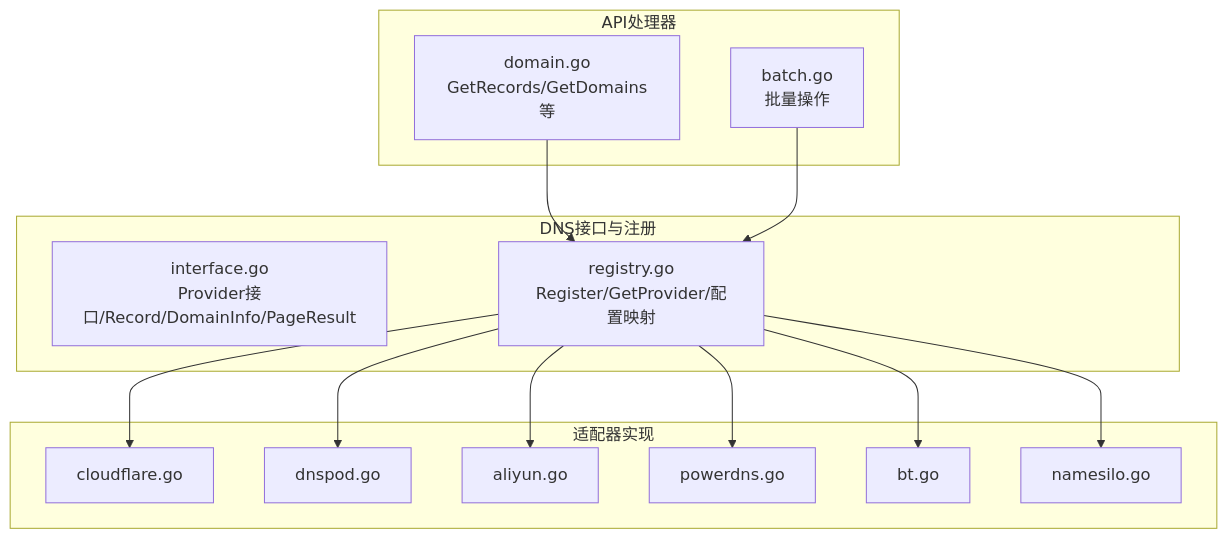
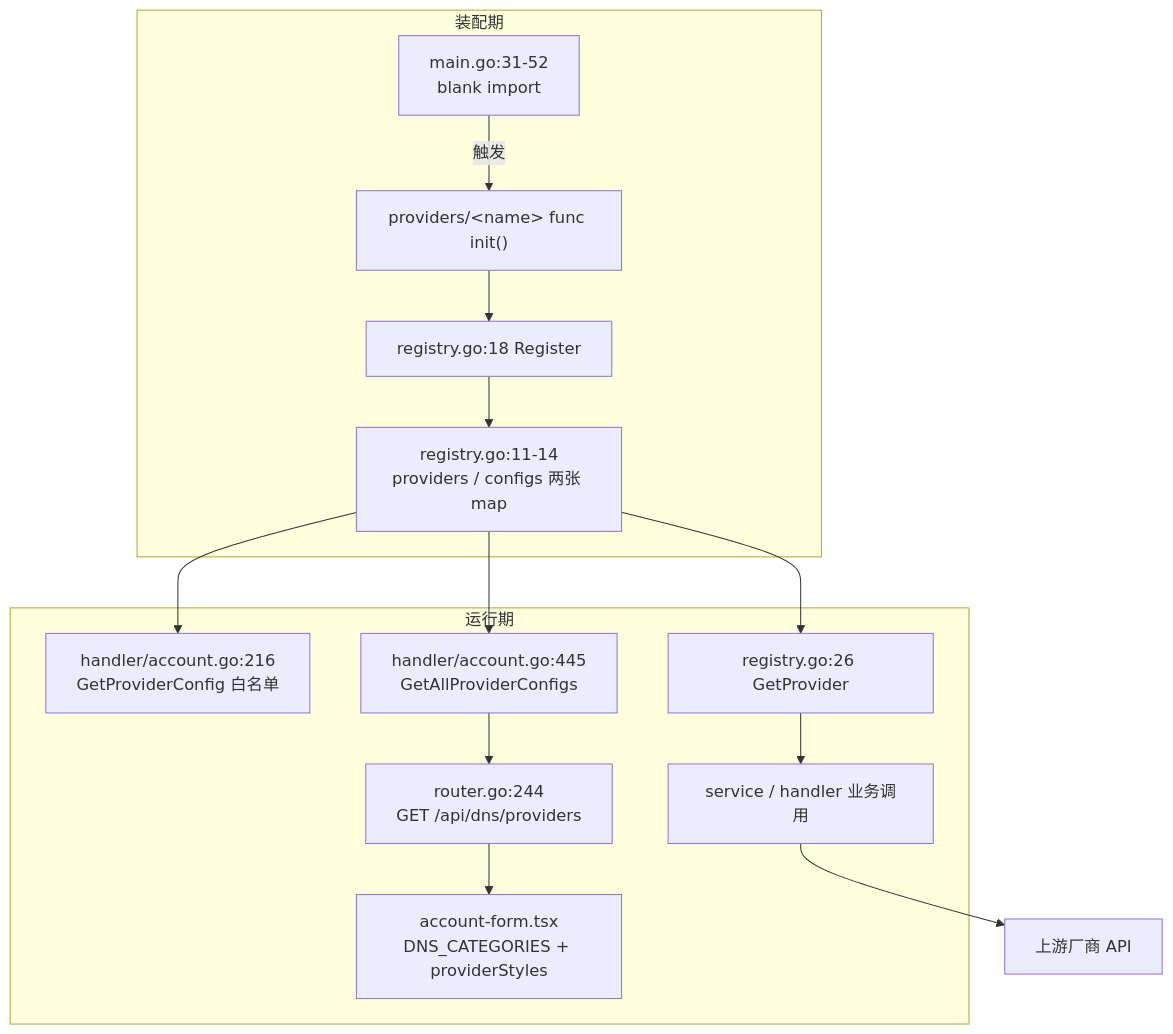
The first of 2 diagrams in docs/扩展开发/DNS服务商扩展.md (x01n/dnsplane), drawn with Mermaid before and after one commit. The commit also changed other lines of this file and 326 other files, not shown here.

````diff
--- a/docs/扩展开发/DNS服务商扩展.md
+++ b/docs/扩展开发/DNS服务商扩展.md
@@ -39,27 +123,21 @@
 ```mermaid
 graph TB
-subgraph "DNS接口与注册"
-IF["interface.go<br/>Provider接口/Record/DomainInfo/PageResult"]
-REG["registry.go<br/>Register/GetProvider/配置映射"]
+subgraph "装配期"
+B["main.go:31-52<br/>blank import"]
+A["providers/&lt;name&gt; func init()"]
+C["registry.go:18 Register"]
+D["registry.go:11-14<br/>providers / configs 两张 map"]
+B -->|触发| A --> C --> D
 end
-subgraph "适配器实现"
-CF["cloudflare.go"]
-DP["dnspod.go"]
-ALI["aliyun.go"]
-PD["powerdns.go"]
-BT["bt.go"]
-NS["namesilo.go"]
+subgraph "运行期"
+E["handler/account.go:216<br/>GetProviderConfig 白名单"]
+F["handler/account.go:445<br/>GetAllProviderConfigs"]
+G["router.go:244<br/>GET /api/dns/providers"]
+H["registry.go:26 GetProvider"]
+I["service / handler 业务调用"]
+J["account-form.tsx<br/>DNS_CATEGORIES + providerStyles"]
 end
-subgraph "API处理器"
-DH["domain.go<br/>GetRecords/GetDomains等"]
-BH["batch.go<br/>批量操作"]
-end
-DH --> REG
-BH --> REG
-REG --> CF
-REG --> DP
-REG --> ALI
-REG --> PD
-REG --> BT
-REG --> NS
+D --> E
+D --> F --> G --> J
+D --> H --> I --> K["上游厂商 API"]
 ```
````
